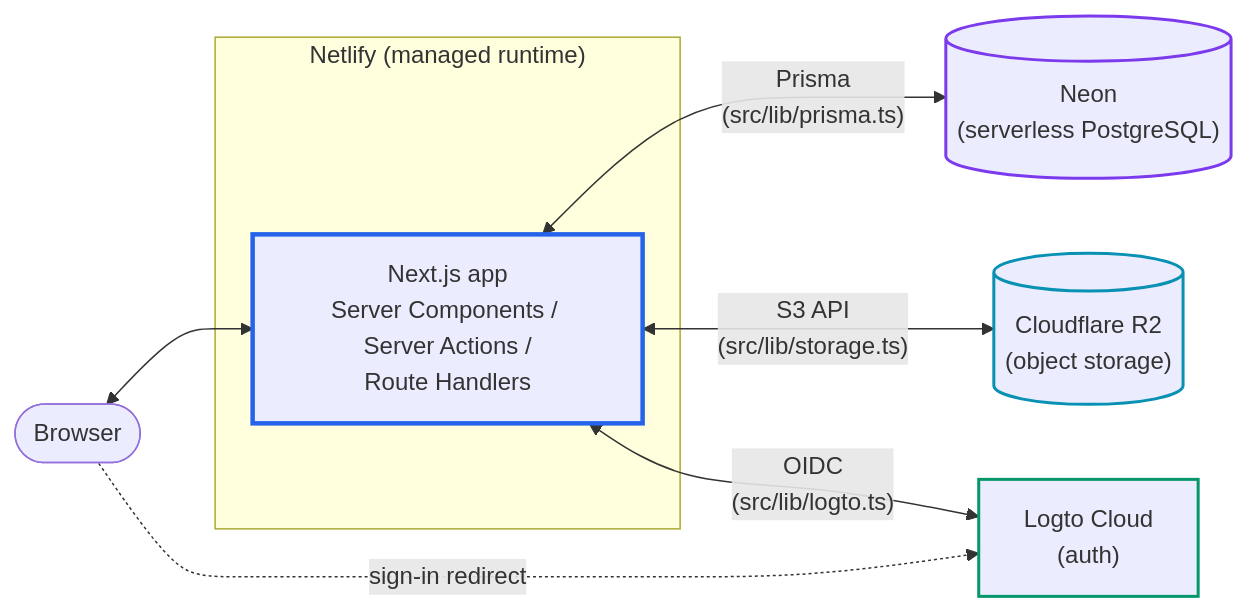
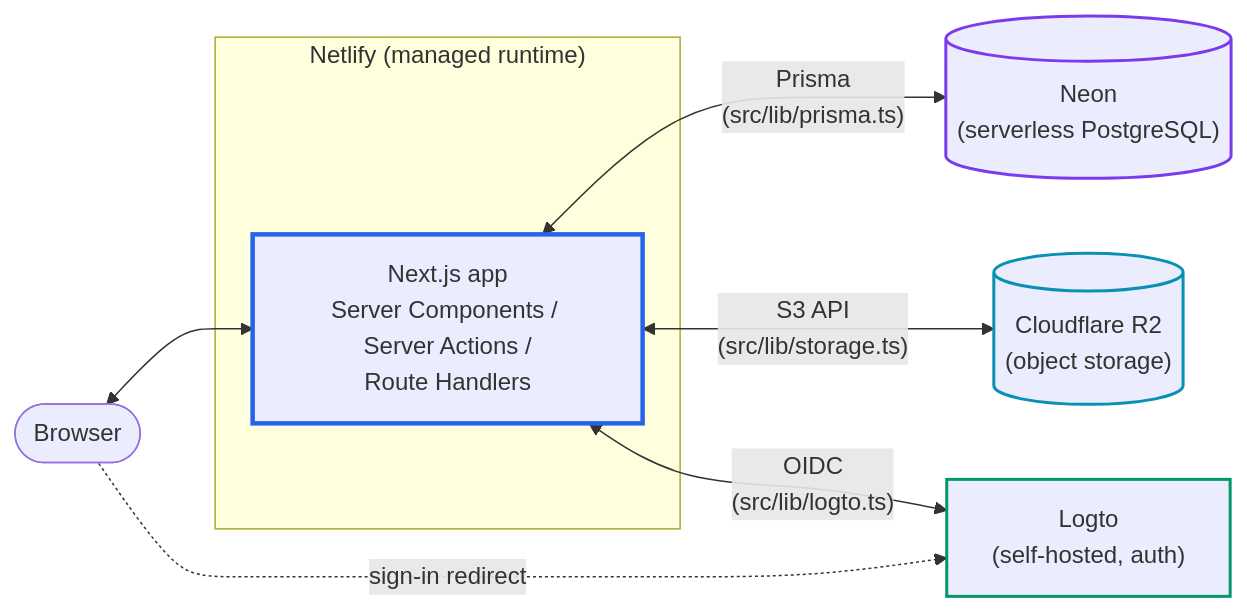
One commit to yutaide/enmaru changed the diagram in docs/architecture.md. Above: the diagram before and after it, drawn with Mermaid. The commit also changed 3 other files, not shown here.

First line of the commit message:
📚 Update docs/comments to reflect self-hosted Logto (OSS)

````diff
--- a/docs/architecture.md
+++ b/docs/architecture.md
@@ -3,27 +3,27 @@
 ```mermaid
 flowchart LR
     Browser@{ shape: stadium, label: "Browser" }
 
     subgraph netlify["Netlify (managed runtime)"]
         Next@{ shape: rect, label: "Next.js app<br/>Server Components / Server Actions /<br/>Route Handlers" }
     end
 
     Neon@{ shape: cyl, label: "Neon<br/>(serverless PostgreSQL)" }
     R2@{ shape: cyl, label: "Cloudflare R2<br/>(object storage)" }
-    Logto@{ shape: rect, label: "Logto Cloud<br/>(auth)" }
+    Logto@{ shape: rect, label: "Logto<br/>(self-hosted, auth)" }
 
     Browser <--> Next
     Next <-- "Prisma<br/>(src/lib/prisma.ts)" --> Neon
     Next <-- "S3 API<br/>(src/lib/storage.ts)" --> R2
     Next <-- "OIDC<br/>(src/lib/logto.ts)" --> Logto
     Browser -. "sign-in redirect" .-> Logto
 
     classDef next stroke:#2563eb,stroke-width:3px
     classDef db stroke:#7c3aed,stroke-width:2px
     classDef fs stroke:#0891b2,stroke-width:2px
     classDef auth stroke:#059669,stroke-width:2px
     class Next next
     class Neon db
     class R2 fs
     class Logto auth
 ```
````
